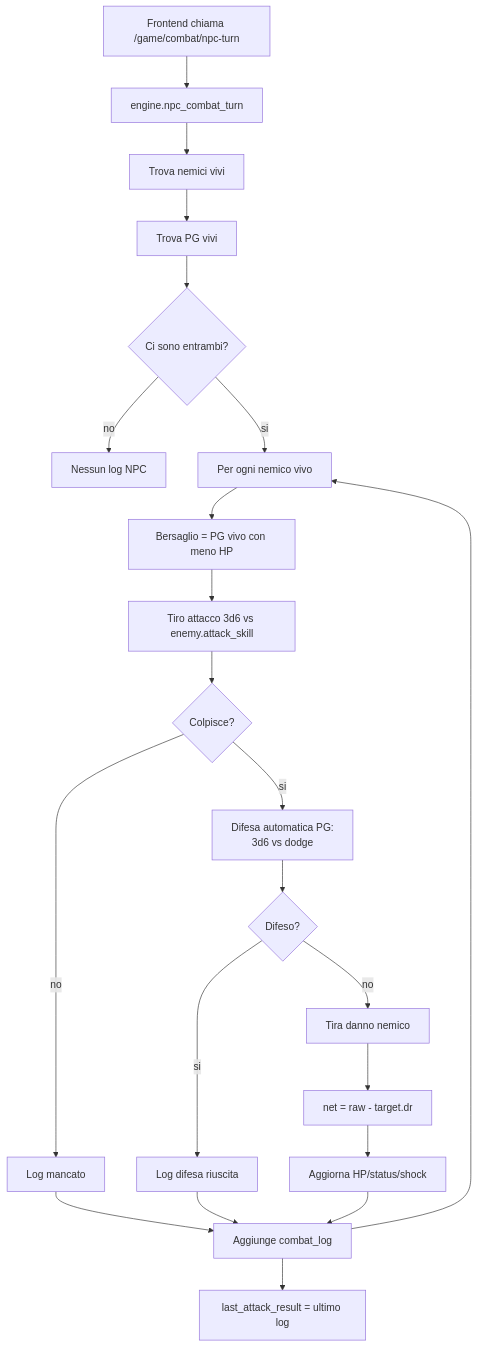
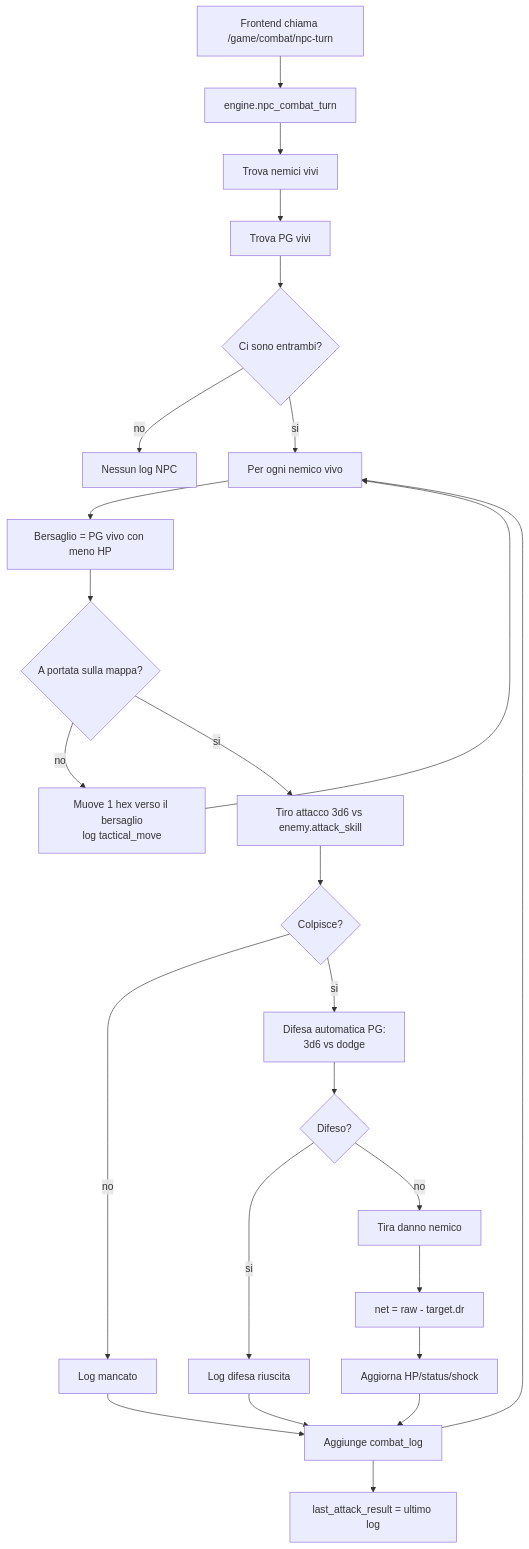
The eighth of 11 diagrams in docs/tactical-combat-flowchart.md (Tannoiser2/GURPS), drawn with Mermaid before and after one commit. The commit also changed other lines of this file and 3 other files, not shown here.

````diff
--- a/docs/tactical-combat-flowchart.md
+++ b/docs/tactical-combat-flowchart.md
@@ -188,25 +188,28 @@
 ```mermaid
 flowchart TD
     A["Frontend chiama /game/combat/npc-turn"] --> B["engine.npc_combat_turn"]
     B --> C["Trova nemici vivi"]
     C --> D["Trova PG vivi"]
     D --> E{"Ci sono entrambi?"}
     E -->|no| F["Nessun log NPC"]
     E -->|si| G["Per ogni nemico vivo"]
 
     G --> H["Bersaglio = PG vivo con meno HP"]
-    H --> I["Tiro attacco 3d6 vs enemy.attack_skill"]
+    H --> Z{"A portata sulla mappa?"}
+    Z -->|no| Y["Muove 1 hex verso il bersaglio\nlog tactical_move"]
+    Z -->|si| I["Tiro attacco 3d6 vs enemy.attack_skill"]
+    Y --> G
     I --> J{"Colpisce?"}
     J -->|no| K["Log mancato"]
     J -->|si| L["Difesa automatica PG:\n3d6 vs dodge"]
     L --> M{"Difeso?"}
     M -->|si| N["Log difesa riuscita"]
     M -->|no| O["Tira danno nemico"]
     O --> P["net = raw - target.dr"]
     P --> Q["Aggiorna HP/status/shock"]
     Q --> R["Aggiunge combat_log"]
     K --> R
     N --> R
     R --> G
     R --> S["last_attack_result = ultimo log"]
 ```
````
